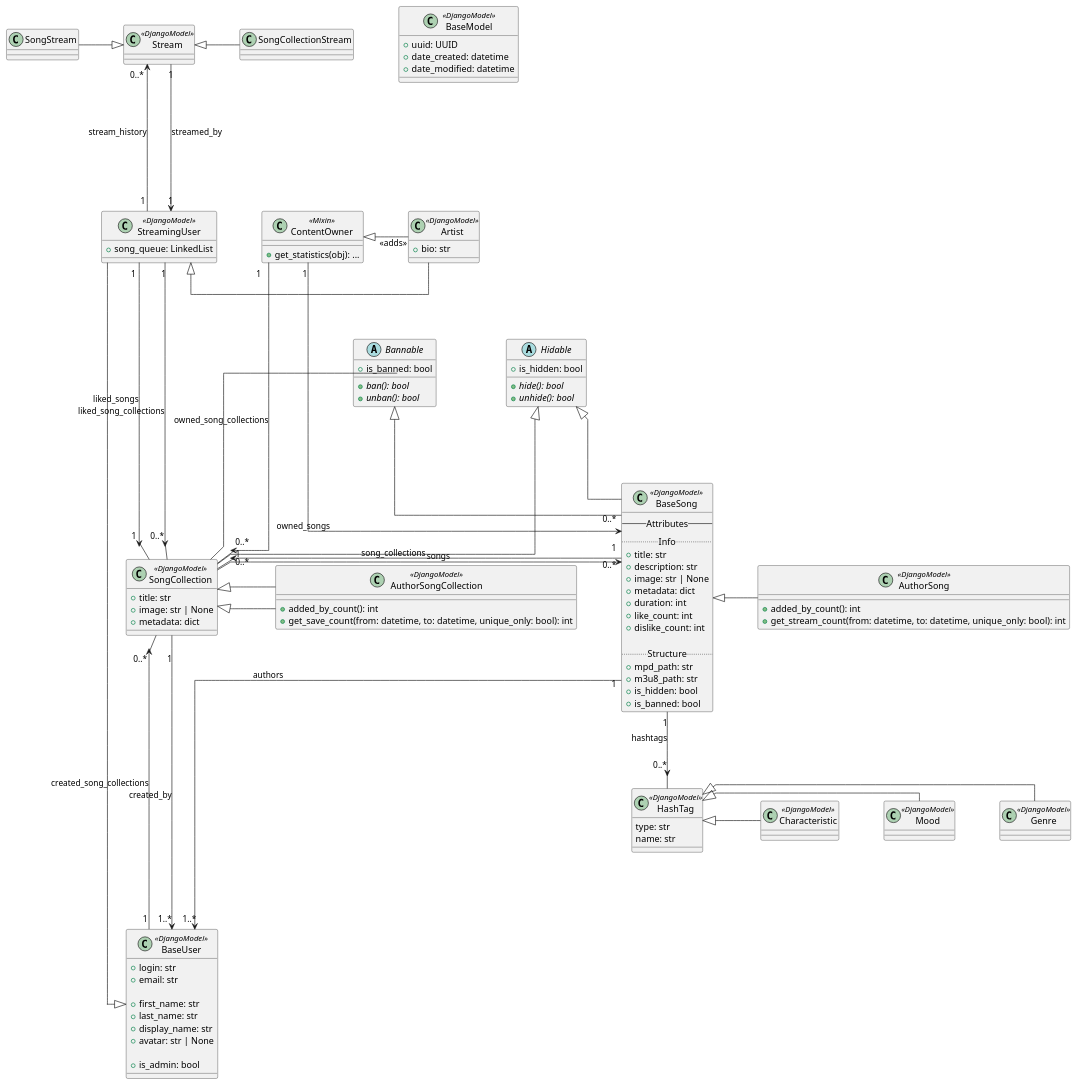
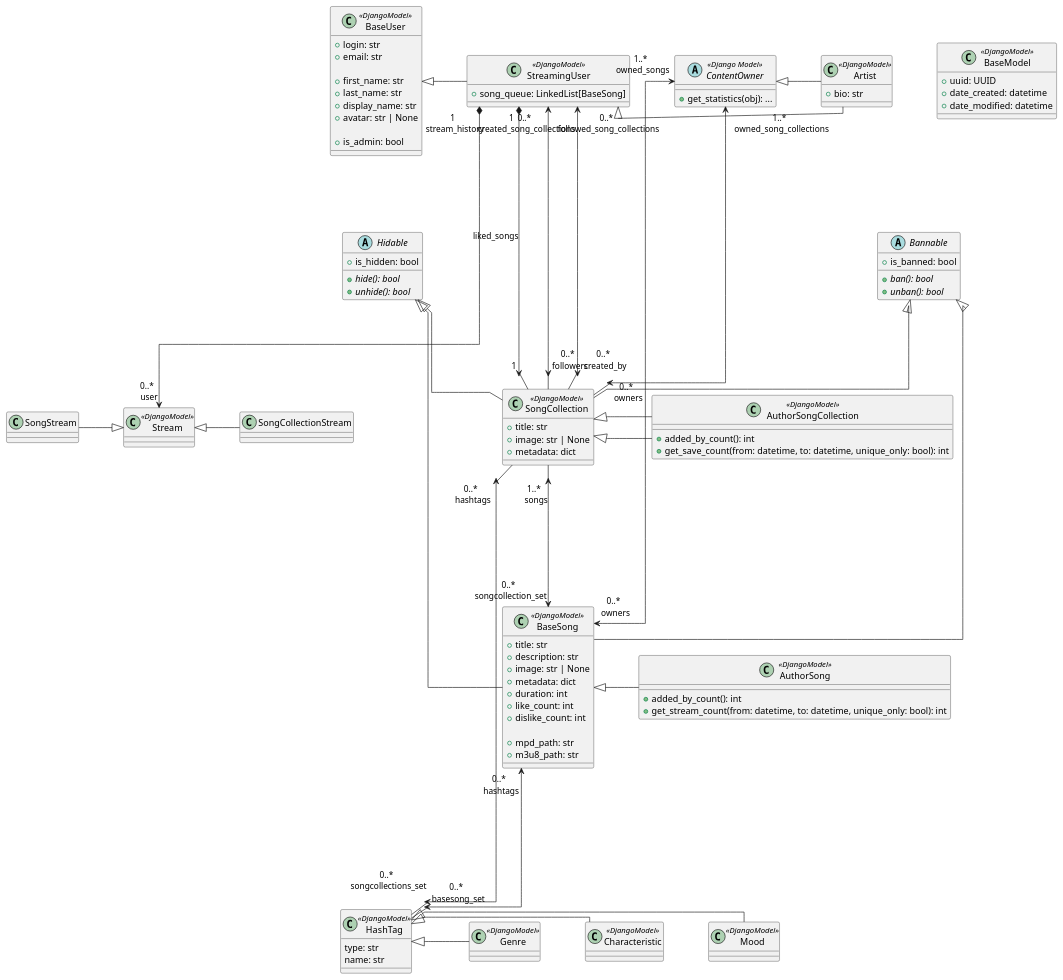
The diagram in specification/structure/backend/data.puml (ddrddrr/musikk), drawn with PlantUML before and after one commit. The commit also changed 24 other files, not shown here.

Commit message:
feat: add base django project structure, users app and draft user models

```diff
--- a/specification/structure/backend/data.puml
+++ b/specification/structure/backend/data.puml
@@ -1,135 +1,127 @@
 @startuml BackendBase
 
 skinparam groupInheritance 2
 skinparam linetype ortho
 skinparam nodesep 70
 skinparam ranksep 100
 ' INFO: all images are represented as their paths(strings)
 
 ' INFO: all models inherit from `BaseModel`,
 '  not inserting actual links in order no to clutter the diagram
 class BaseModel<<DjangoModel>>{
     ' uuidv7
     + uuid: UUID
     + date_created: datetime
     + date_modified: datetime
 }
 
 ' ### Users
 class BaseUser<<DjangoModel>>{
     ' unique
     + login: str
     + email: str
 
     + first_name: str
     + last_name: str
     + display_name: str
     + avatar: str | None
 
     + is_admin: bool
     ' auth stuff later
 }
-BaseUser "1"--->"0..*" SongCollection: created_song_collections
 
 class StreamingUser<<DjangoModel>>{
-    + song_queue: LinkedList
+    + song_queue: LinkedList[BaseSong]
 '    + spaceTaken: int - future
 }
-StreamingUser "1"--->"1" SongCollection: liked_songs
-StreamingUser "1"--->"0..*" SongCollection: liked_song_collections
-StreamingUser "1"---> "0..*" Stream: stream_history
+StreamingUser "1"*--->"1" SongCollection: liked_songs
+StreamingUser "0..* \n followed_song_collections" <---> "0..* \n followers" SongCollection
+StreamingUser "0..* \n created_song_collections" <---> "0..* \n created_by" SongCollection
+StreamingUser "1 \n stream_history" *---> "0..* \n user" Stream
 BaseUser <|- StreamingUser
 
-class ContentOwner<<Mixin>>{
+abstract class ContentOwner<<Django Model>>{
     + get_statistics(obj): ...
 }
-ContentOwner "1"--->"0..*" BaseSong: owned_songs
-ContentOwner "1"--->"0..*" SongCollection: owned_song_collections
+ContentOwner "1..* \n owned_songs"<--->"0..* \n owners" BaseSong
+ContentOwner "1..* \n owned_song_collections"<--->"0..* \n owners" SongCollection
 
 class Artist<<DjangoModel>>{
     + bio: str
 '    + hub: InfoHub
 '    + artist_relations: ArtistRelation
 }
 StreamingUser <|- Artist
-ContentOwner <|- Artist: <<adds>>
+ContentOwner <|- Artist
 'class ArtistRelation{
 '    + related_to: Artist
 '    + degree: int
 '}
 
 abstract class Hidable{
     + is_hidden: bool
 
     + {abstract} hide(): bool
     + {abstract} unhide(): bool
 }
 abstract class Bannable{
     + is_banned: bool
 
     + {abstract} ban(): bool
     + {abstract} unban(): bool
 }
 
 ' ### Songs
 class BaseSong<<DjangoModel>> extends Hidable, Bannable {
-    --Attributes--
-    ..Info..
     + title: str
     + description: str
     + image: str | None
     + metadata: dict
     + duration: int
     + like_count: int
     + dislike_count: int
 
-    ..Structure..
     + mpd_path: str
     + m3u8_path: str
-    + is_hidden: bool
-    + is_banned: bool
 }
-BaseSong "1"--->"1..*" BaseUser: authors
-BaseSong "1"-->"0..*" HashTag: hashtags
-BaseSong "1"-->"0..*" SongCollection: song_collections
+BaseSong "0..* \n hashtags"<--->"0..* \n basesong_set" HashTag
 
 class AuthorSong<<DjangoModel>>{
     + added_by_count(): int
     + get_stream_count(from: datetime, to: datetime, unique_only: bool): int
 }
 BaseSong <|- AuthorSong
 
 ' ### Song containers
 class SongCollection<<DjangoModel>> implements Hidable, Bannable{
     + title: str
     + image: str | None
     + metadata: dict
 }
-SongCollection "1"->"0..*" BaseSong: songs
-SongCollection "1"-->"1..*" BaseUser: created_by
+SongCollection "1..* \n songs" <---> "0..* \n songcollection_set" BaseSong
+SongCollection "0..* \n hashtags"<--->"0..* \n songcollections_set" HashTag
 
 class AuthorSongCollection<<DjangoModel>> extends SongCollection{
     + added_by_count(): int
     + get_save_count(from: datetime, to: datetime, unique_only: bool): int
 }
 SongCollection <|- AuthorSongCollection
 
 class Stream<<DjangoModel>>
-Stream "1" --> "1" StreamingUser: streamed_by
 Stream <|-left SongStream
 Stream <|- SongCollectionStream
 
 ' ### Categorisation
 class HashTag<<DjangoModel>>{
     type: str
     name: str
 }
 class Genre<<DjangoModel>>
 HashTag <|- Genre
 class Mood<<DjangoModel>>
 HashTag <|- Mood
 class Characteristic<<DjangoModel>>
 HashTag <|- Characteristic
 
 ' layout
 @enduml
```
